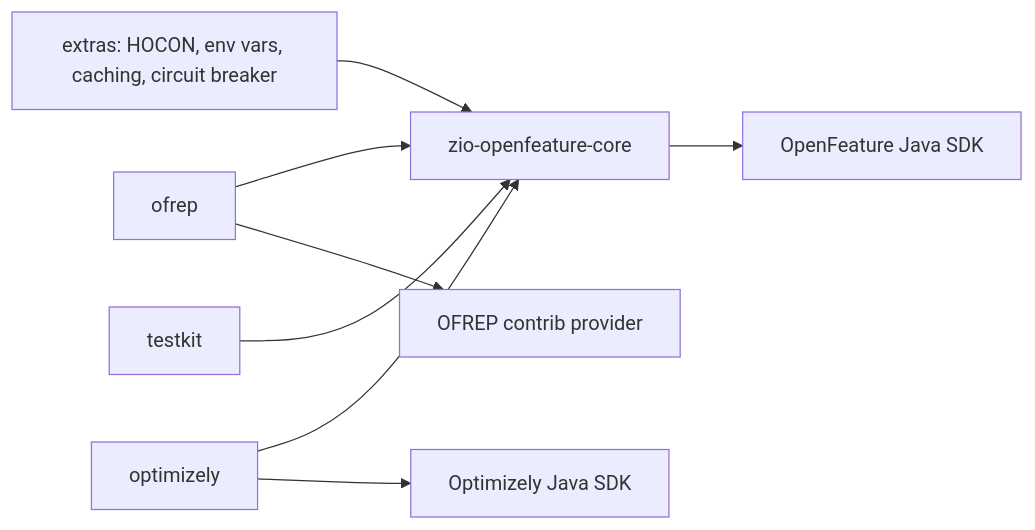
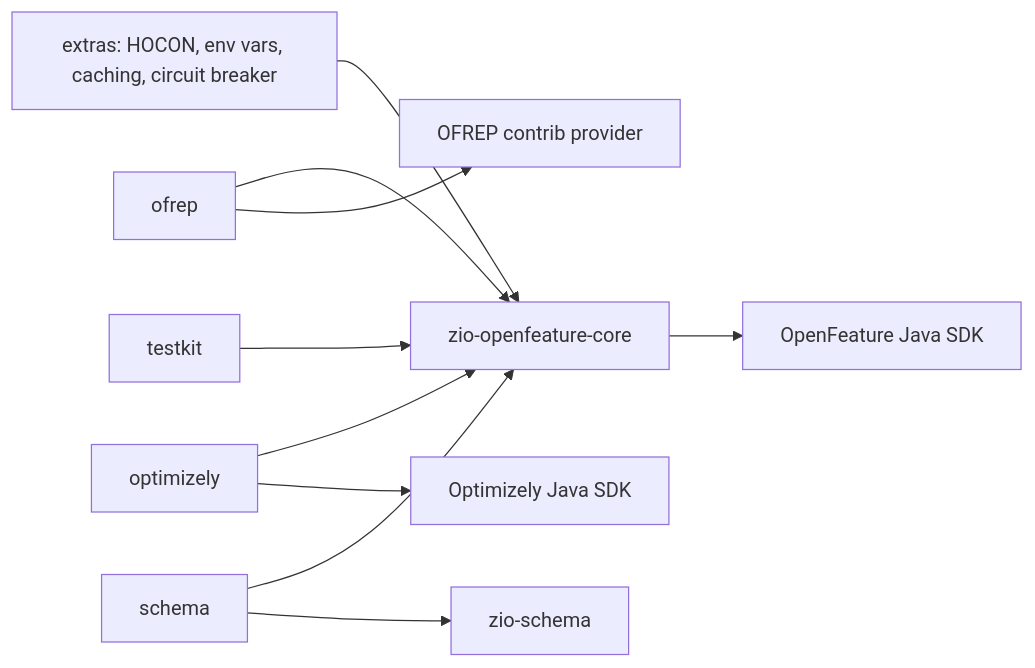
One commit to EtaCassiopeia/zio-openfeature changed the diagram in docs/architecture.md. Above: the diagram before and after it, drawn with Mermaid. The commit also changed 14 other files, not shown here.

Commit message:
Derive FlagType from a zio-schema Schema (#760)

````diff
--- a/docs/architecture.md
+++ b/docs/architecture.md
@@ -69,10 +69,12 @@
 ```mermaid
 graph LR
   core["zio-openfeature-core"] --> sdk["OpenFeature Java SDK"]
   extras["extras: HOCON, env vars, caching, circuit breaker"] --> core
   ofrep["ofrep"] --> core
   optimizely["optimizely"] --> core
   testkit["testkit"] --> core
+  schema["schema"] --> core
   ofrep --> ofrepj["OFREP contrib provider"]
   optimizely --> opt["Optimizely Java SDK"]
+  schema --> zioschema["zio-schema"]
 ```
````
